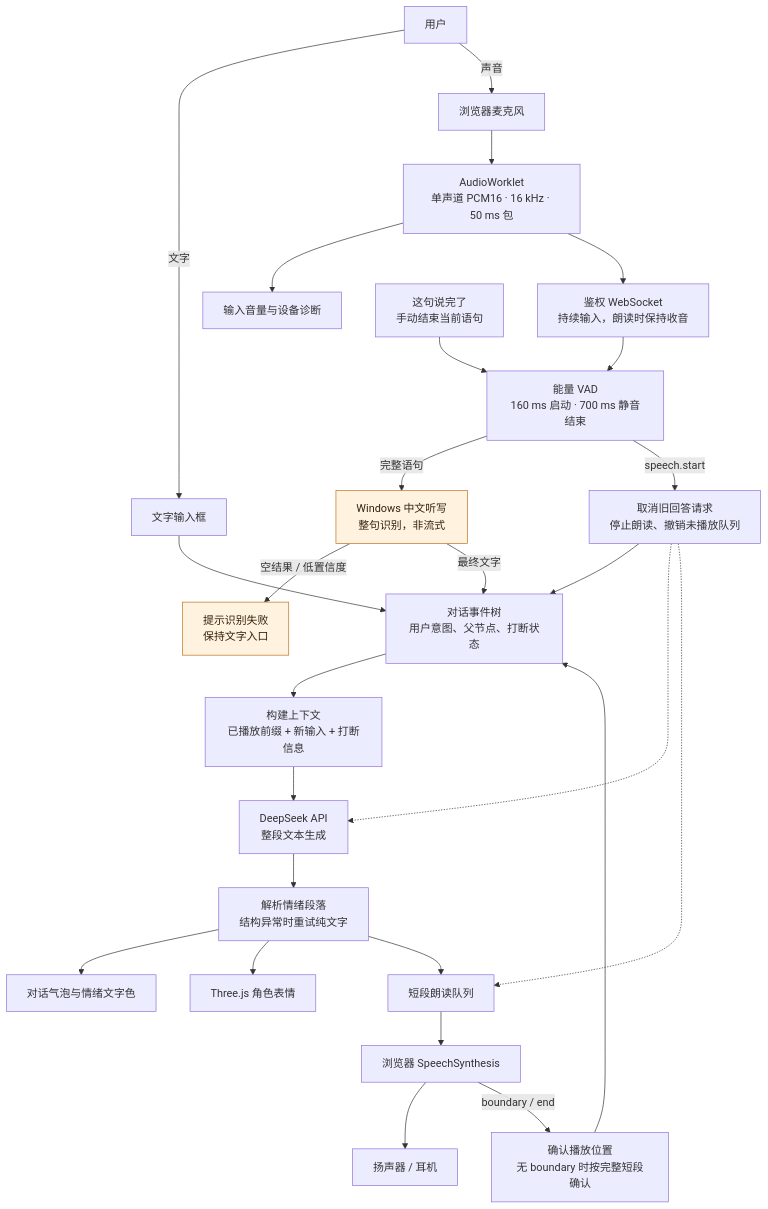
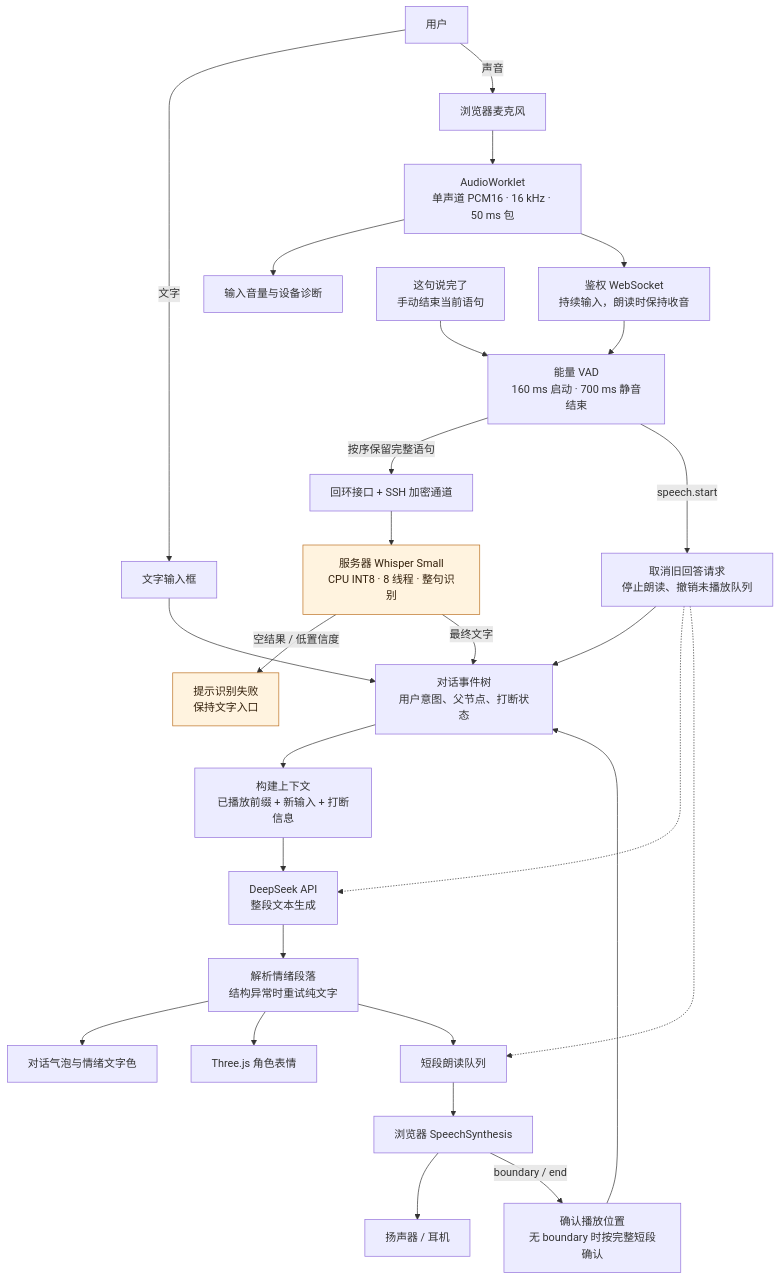
One commit to wuki-creator/Xim-duplex changed the first of 4 diagrams in docs/MODEL_FLOW.md. Above: the diagram before and after it, drawn with Mermaid. The commit also changed other lines of this file and 16 other files, not shown here.

Commit message:
Replace failing speech recognition and update live model flow

````diff
--- a/docs/MODEL_FLOW.md
+++ b/docs/MODEL_FLOW.md
@@ -9,31 +9,32 @@
 ```mermaid
 flowchart TD
     U[用户] -->|文字| TEXT[文字输入框]
     U -->|声音| MIC[浏览器麦克风]
     MIC --> CAP[AudioWorklet<br/>单声道 PCM16 · 16 kHz · 50 ms 包]
     CAP --> METER[输入音量与设备诊断]
     CAP --> WS[鉴权 WebSocket<br/>持续输入，朗读时保持收音]
     WS --> VAD[能量 VAD<br/>160 ms 启动 · 700 ms 静音结束]
     FINISH[这句说完了<br/>手动结束当前语句] --> VAD
-    VAD -->|完整语句| ASR[Windows 中文听写<br/>整句识别，非流式]
+    VAD -->|按序保留完整语句| TUNNEL[回环接口 + SSH 加密通道]
+    TUNNEL --> ASR[服务器 Whisper Small<br/>CPU INT8 · 8 线程 · 整句识别]
     ASR -->|空结果 / 低置信度| FAIL[提示识别失败<br/>保持文字入口]
     ASR -->|最终文字| TURN[对话事件树<br/>用户意图、父节点、打断状态]
     TEXT --> TURN
     TURN --> CTX[构建上下文<br/>已播放前缀 + 新输入 + 打断信息]
     CTX --> LLM[DeepSeek API<br/>整段文本生成]
     LLM --> JSON[解析情绪段落<br/>结构异常时重试纯文字]
     JSON --> UI[对话气泡与情绪文字色]
     JSON --> PET[Three.js 角色表情]
     JSON --> CHUNK[短段朗读队列]
     CHUNK --> TTS[浏览器 SpeechSynthesis]
     TTS --> OUT[扬声器 / 耳机]
     TTS -->|boundary / end| ACK[确认播放位置<br/>无 boundary 时按完整短段确认]
     ACK --> TURN
     VAD -->|speech.start| STOP[取消旧回答请求<br/>停止朗读、撤销未播放队列]
     STOP --> TURN
     STOP -.-> LLM
     STOP -.-> CHUNK
 
     classDef pending fill:#fff3df,stroke:#bc7020,color:#34210c;
     class ASR,FAIL pending;
 ```
````
